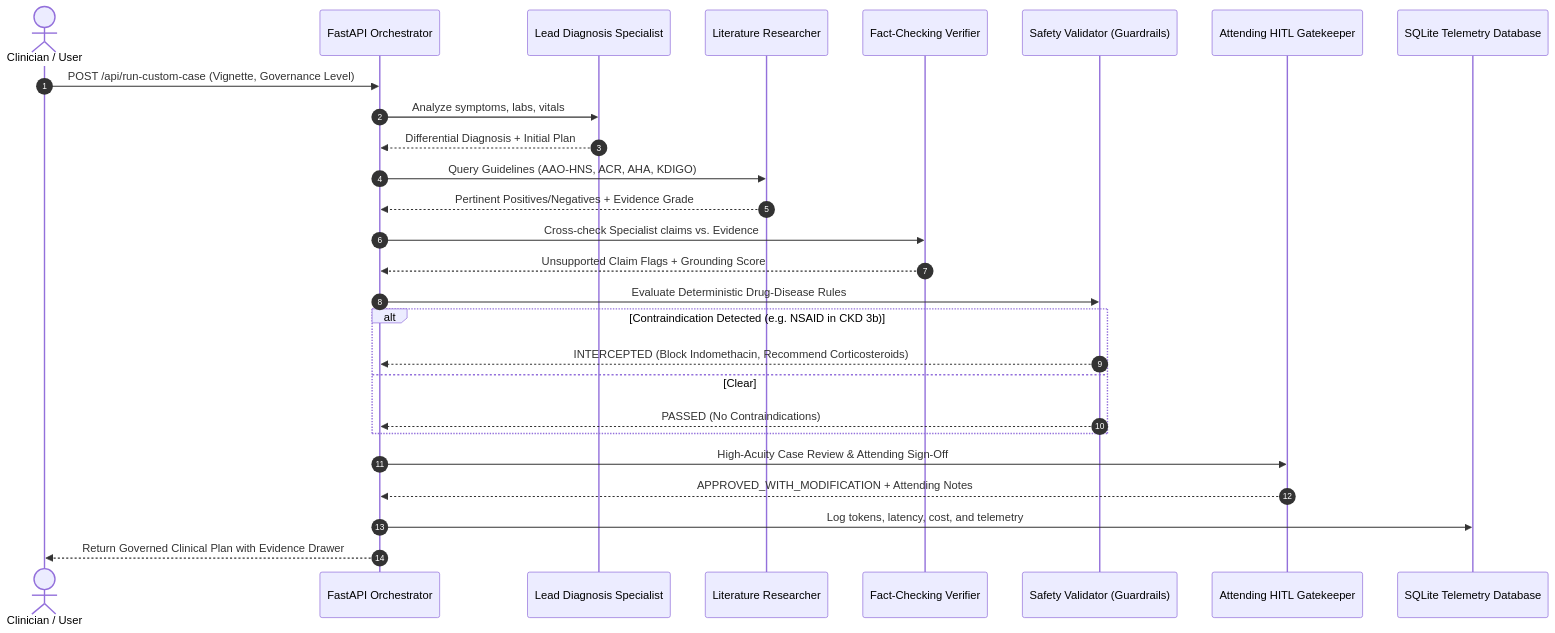
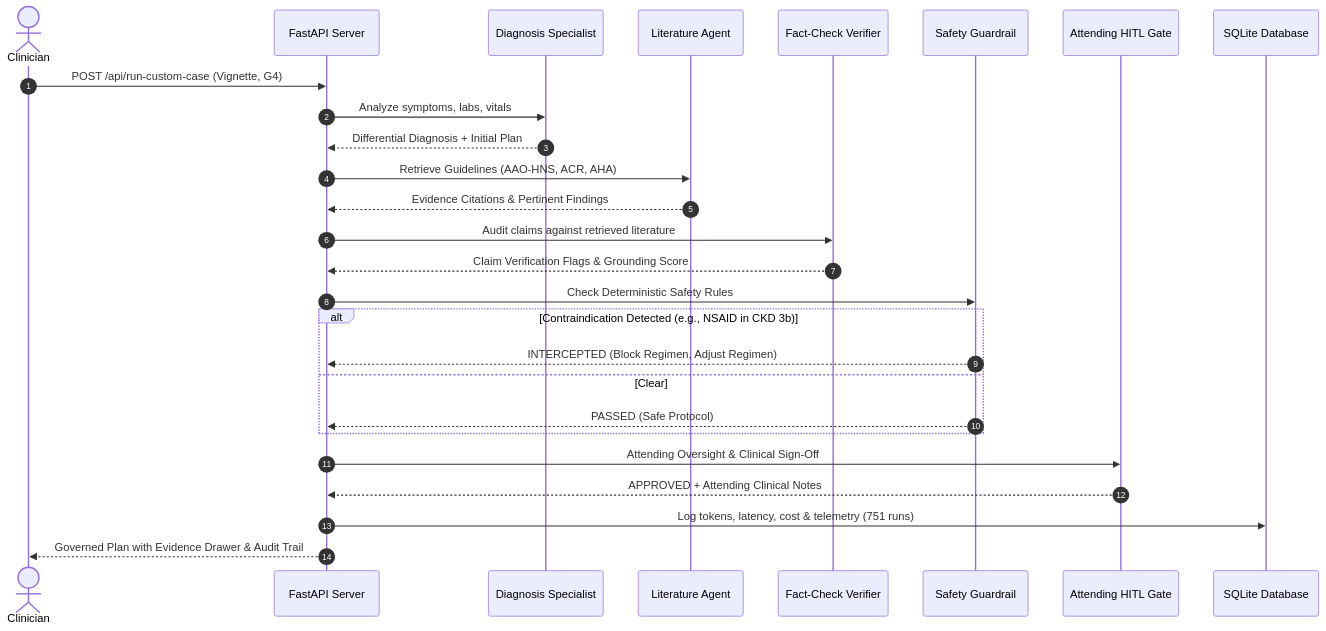
The diagram in README.md (nikshith-nooka/GovMed-AI), drawn with Mermaid before and after one commit. The commit also changed other lines of this file, not shown here.

Commit message:
fix(docs): fix LaTeX MathJax equation block formatting and optimize Mermaid diagram layout for GitHub renderer

````diff
--- a/README.md
+++ b/README.md
@@ -95,30 +95,30 @@
 ```mermaid
 sequenceDiagram
     autonumber
-    actor Clinician as Clinician / User
-    participant API as FastAPI Orchestrator
-    participant Specialist as Lead Diagnosis Specialist
-    participant Researcher as Literature Researcher
-    participant Verifier as Fact-Checking Verifier
-    participant Safety as Safety Validator (Guardrails)
-    participant HITL as Attending HITL Gatekeeper
-    participant DB as SQLite Telemetry Database
+    actor Clinician as Clinician
+    participant API as FastAPI Server
+    participant Specialist as Diagnosis Specialist
+    participant Researcher as Literature Agent
+    participant Verifier as Fact-Check Verifier
+    participant Safety as Safety Guardrail
+    participant HITL as Attending HITL Gate
+    participant DB as SQLite Database
 
-    Clinician->>API: POST /api/run-custom-case (Vignette, Governance Level)
+    Clinician->>API: POST /api/run-custom-case (Vignette, G4)
     API->>Specialist: Analyze symptoms, labs, vitals
     Specialist-->>API: Differential Diagnosis + Initial Plan
-    API->>Researcher: Query Guidelines (AAO-HNS, ACR, AHA, KDIGO)
-    Researcher-->>API: Pertinent Positives/Negatives + Evidence Grade
-    API->>Verifier: Cross-check Specialist claims vs. Evidence
-    Verifier-->>API: Unsupported Claim Flags + Grounding Score
-    API->>Safety: Evaluate Deterministic Drug-Disease Rules
-    alt Contraindication Detected (e.g. NSAID in CKD 3b)
-        Safety-->>API: INTERCEPTED (Block Indomethacin, Recommend Corticosteroids)
+    API->>Researcher: Retrieve Guidelines (AAO-HNS, ACR, AHA)
+    Researcher-->>API: Evidence Citations & Pertinent Findings
+    API->>Verifier: Audit claims against retrieved literature
+    Verifier-->>API: Claim Verification Flags & Grounding Score
+    API->>Safety: Check Deterministic Safety Rules
+    alt Contraindication Detected (e.g., NSAID in CKD 3b)
+        Safety-->>API: INTERCEPTED (Block Regimen, Adjust Regimen)
     else Clear
-        Safety-->>API: PASSED (No Contraindications)
+        Safety-->>API: PASSED (Safe Protocol)
     end
-    API->>HITL: High-Acuity Case Review & Attending Sign-Off
-    HITL-->>API: APPROVED_WITH_MODIFICATION + Attending Notes
-    API->>DB: Log tokens, latency, cost, and telemetry
-    API-->>Clinician: Return Governed Clinical Plan with Evidence Drawer
+    API->>HITL: Attending Oversight & Clinical Sign-Off
+    HITL-->>API: APPROVED + Attending Clinical Notes
+    API->>DB: Log tokens, latency, cost & telemetry (751 runs)
+    API-->>Clinician: Governed Plan with Evidence Drawer & Audit Trail
 ```
````
